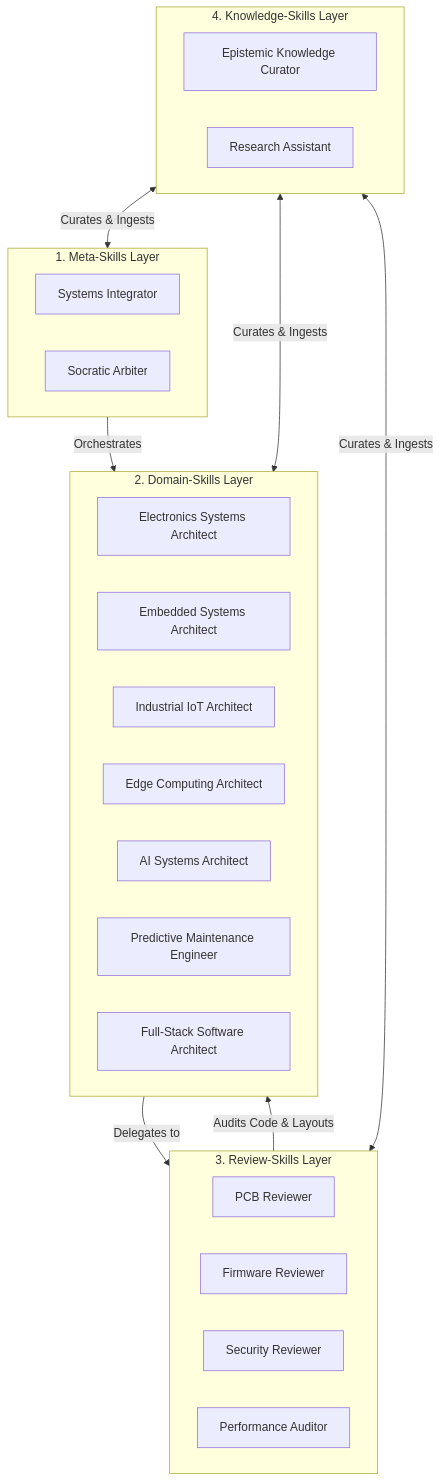
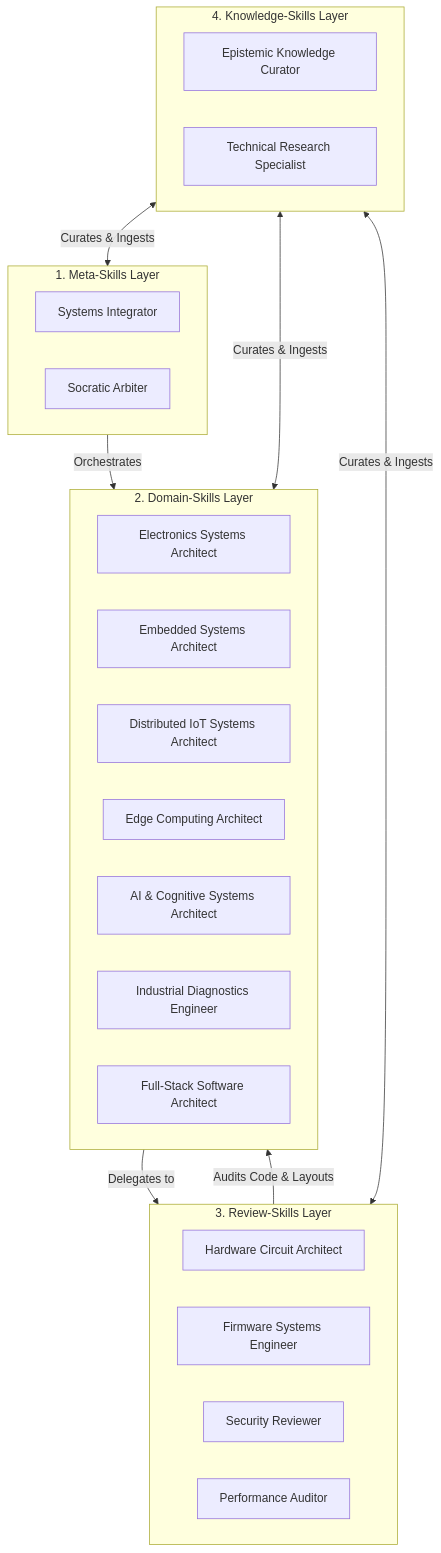
One commit to Akash-Kharat/Taksh changed the first of 4 diagrams in Skills/taksh_skills.md. Above: the diagram before and after it, drawn with Mermaid. The commit also changed other lines of this file and 8 other files, not shown here.

Commit message:
feat: initialize core project documentation, including identity manifesto, architectural standards, and MVP specifications

````diff
--- a/Skills/taksh_skills.md
+++ b/Skills/taksh_skills.md
@@ -13,31 +13,31 @@
 ```mermaid
 graph TD
     subgraph Meta_Layer [1. Meta-Skills Layer]
         SI[Systems Integrator]
         SA[Socratic Arbiter]
     end
     subgraph Domain_Layer [2. Domain-Skills Layer]
         ESA[Electronics Systems Architect]
         E_SA[Embedded Systems Architect]
-        IIA[Industrial IoT Architect]
+        DIA[Distributed IoT Systems Architect]
         ECA[Edge Computing Architect]
-        ASA[AI Systems Architect]
-        PME[Predictive Maintenance Engineer]
+        ASA[AI & Cognitive Systems Architect]
+        IDE[Industrial Diagnostics Engineer]
         FSA[Full-Stack Software Architect]
     end
     subgraph Review_Layer [3. Review-Skills Layer]
-        PR[PCB Reviewer]
-        FR[Firmware Reviewer]
+        HCA[Hardware Circuit Architect]
+        FSE[Firmware Systems Engineer]
         SR[Security Reviewer]
         PA[Performance Auditor]
     end
     subgraph Knowledge_Layer [4. Knowledge-Skills Layer]
         EKC[Epistemic Knowledge Curator]
-        RA[Research Assistant]
+        TRS[Technical Research Specialist]
     end
 
     Meta_Layer -->|Orchestrates| Domain_Layer
     Domain_Layer -->|Delegates to| Review_Layer
     Review_Layer -->|Audits Code & Layouts| Domain_Layer
     Knowledge_Layer <-->|Curates & Ingests| Meta_Layer & Domain_Layer & Review_Layer
 ```
````
